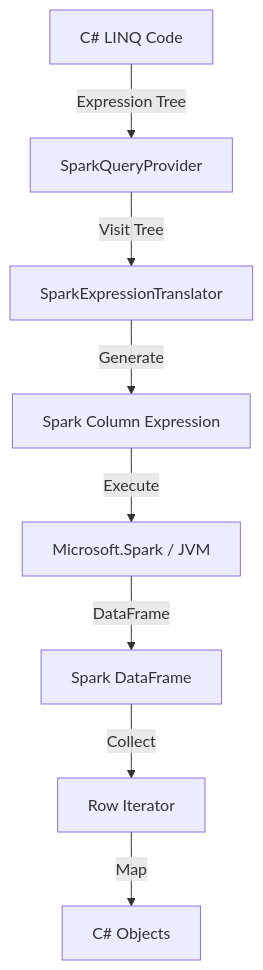
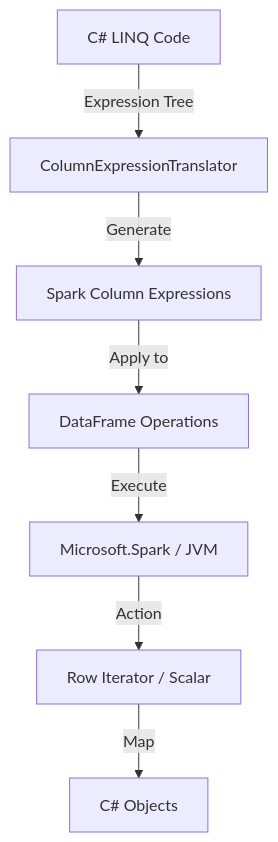
Before and after one commit to improveTheWorld/DataLinq.NET: the diagram in docs/LINQ-to-Spark.md, drawn with Mermaid. The commit also changed other lines of this file and 1 other file, not shown here.

Commit message:
docs: update Spark write examples to flat Task API (v1.0.0)

````diff
--- a/docs/LINQ-to-Spark.md
+++ b/docs/LINQ-to-Spark.md
@@ -52,10 +54,9 @@
 ```mermaid
 graph TD
-    UserCode[C# LINQ Code] -->|Expression Tree| Provider[SparkQueryProvider]
-    Provider -->|Visit Tree| Translator[SparkExpressionTranslator]
-    Translator -->|Generate| Column[Spark Column Expression]
-    Column -->|Execute| Spark[Microsoft.Spark / JVM]
-    Spark -->|DataFrame| Results[Spark DataFrame]
-    Results -->|Collect| Iterator[Row Iterator]
-    Iterator -->|Map| Objects[C# Objects]
+    UserCode[C# LINQ Code] -->|Expression Tree| Translator[ColumnExpressionTranslator]
+    Translator -->|Generate| Column[Spark Column Expressions]
+    Column -->|Apply to| DF[DataFrame Operations]
+    DF -->|Execute| Spark[Microsoft.Spark / JVM]
+    Spark -->|Action| Results[Row Iterator / Scalar]
+    Results -->|Map| Objects[C# Objects]
 ```
````
